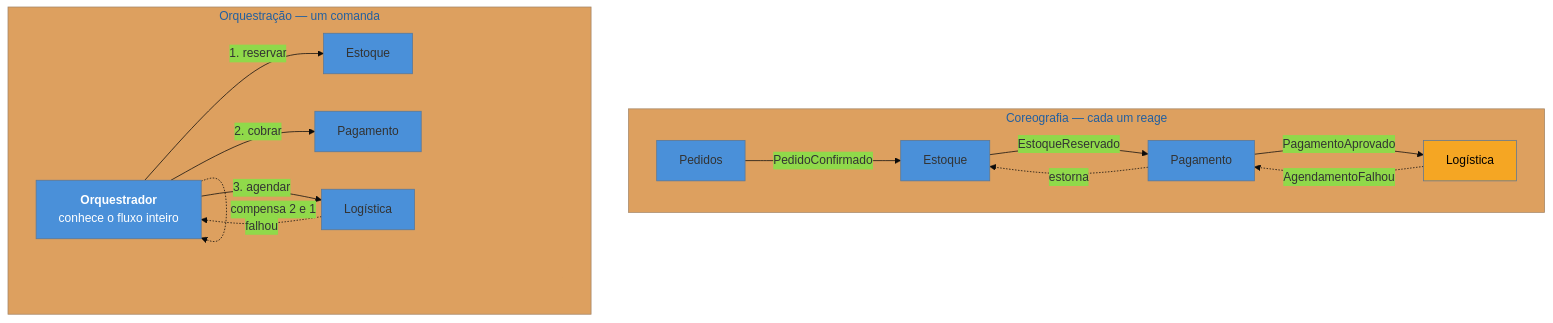
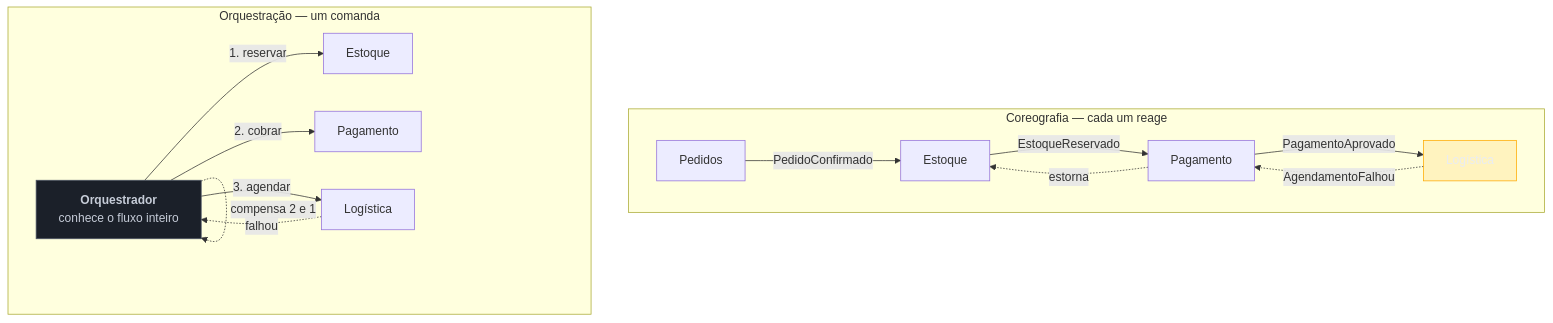
The diagram in 03-Dominios/Engenharia/Design de Software/Padrões de Projeto/Arquitetura de Eventos/07 - Saga.md (josenaldo/codex-technomanticus), drawn with Mermaid before and after one commit. The commit also changed 1181 other files, not shown here.

First line of the commit message:
fix(diagramas): paleta do sistema no lugar de cor cravada no markdown

````diff
--- a/03-Dominios/Engenharia/Design de Software/Padrões de Projeto/Arquitetura de Eventos/07 - Saga.md
+++ b/03-Dominios/Engenharia/Design de Software/Padrões de Projeto/Arquitetura de Eventos/07 - Saga.md
@@ -45,22 +45,23 @@
 ```mermaid
-%%{init: {"theme": "base", "themeVariables": {"primaryColor": "#4A90D9"}}}%%
 graph TD
+    classDef neutro fill:#1B2029,stroke:#4E5666,color:#C6CCD8
+    classDef destaque fill:#FFAA0024,stroke:#FFAA00,color:#E9ECF2
     subgraph CO["Coreografia — cada um reage"]
         P1["Pedidos"] -->|"PedidoConfirmado"| E1["Estoque"]
         E1 -->|"EstoqueReservado"| F1["Pagamento"]
         F1 -->|"PagamentoAprovado"| L1["Logística"]
         L1 -.->|"AgendamentoFalhou"| F1
         F1 -.->|"estorna"| E1
     end
 
     subgraph OR["Orquestração — um comanda"]
         O["<b>Orquestrador</b><br/>conhece o fluxo inteiro"] -->|"1. reservar"| E2["Estoque"]
         O -->|"2. cobrar"| F2["Pagamento"]
         O -->|"3. agendar"| L2["Logística"]
         L2 -.->|"falhou"| O
         O -.->|"compensa 2 e 1"| O
     end
 
-    style O fill:#4A90D9,color:#fff
-    style L1 fill:#F5A623,color:#000
+    class O neutro
+    class L1 destaque
 ```
````
